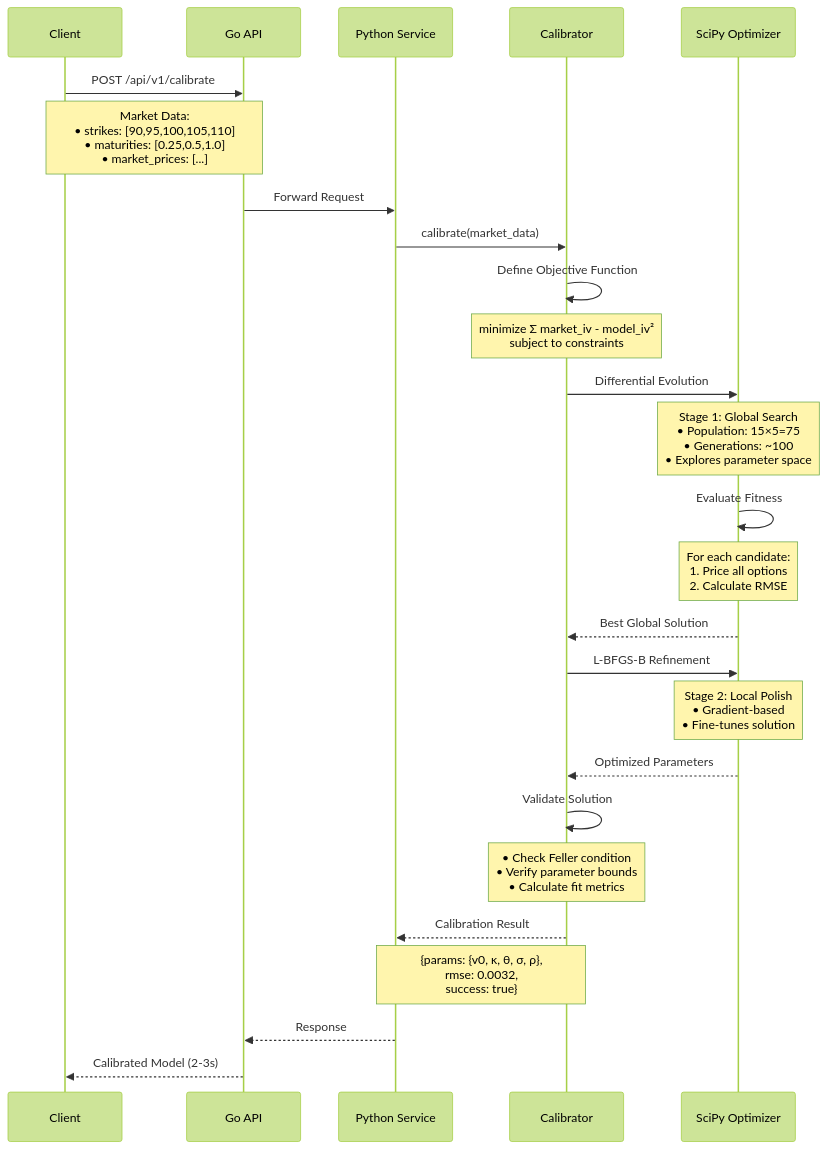
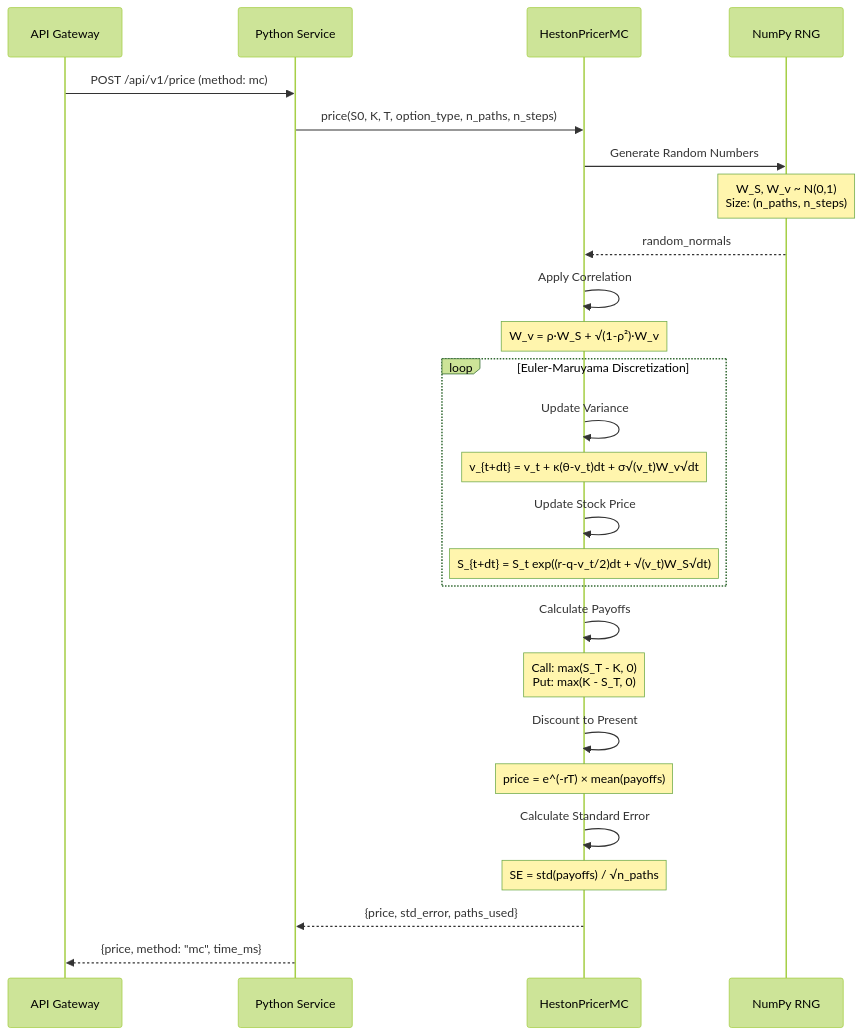
The third of 7 diagrams in README.md (ShadAh-17/heston-option-pricing-engine), drawn with Mermaid (forest theme) before and after one commit. The commit also changed other lines of this file, not shown here.

````diff
--- a/README.md
+++ b/README.md
@@ -229,40 +247,39 @@
 ```mermaid
 sequenceDiagram
-    participant Client
-    participant Gateway as Go API
+    participant API as API Gateway
     participant Python as Python Service
-    participant Calibrator
-    participant Optimizer as SciPy Optimizer
+    participant Pricer as HestonPricerMC
+    participant NumPy as NumPy RNG
 
-    Client->>Gateway: POST /api/v1/calibrate
-    Note over Client,Gateway: Market Data:<br/>• strikes: [90,95,100,105,110]<br/>• maturities: [0.25,0.5,1.0]<br/>• market_prices: [...]
+    API->>Python: POST /api/v1/price (method: mc)
     
-    Gateway->>Python: Forward Request
+    Python->>Pricer: price(S0, K, T, option_type, n_paths, n_steps)
     
-    Python->>Calibrator: calibrate(market_data)
+    Pricer->>NumPy: Generate Random Numbers
+    Note over NumPy: W_S, W_v ~ N(0,1)<br/>Size: (n_paths, n_steps)
+    NumPy-->>Pricer: random_normals
     
-    Calibrator->>Calibrator: Define Objective Function
-    Note over Calibrator: minimize Σ market_iv - model_iv²<br/>subject to constraints
+    Pricer->>Pricer: Apply Correlation
+    Note over Pricer: W_v = ρ·W_S + √(1-ρ²)·W_v
     
-    Calibrator->>Optimizer: Differential Evolution
-    Note over Optimizer: Stage 1: Global Search<br/>• Population: 15×5=75<br/>• Generations: ~100<br/>• Explores parameter space
+    loop Euler-Maruyama Discretization
+        Pricer->>Pricer: Update Variance
+        Note over Pricer: v_{t+dt} = v_t + κ(θ-v_t)dt + σ√(v_t)W_v√dt
+        
+        Pricer->>Pricer: Update Stock Price
+        Note over Pricer: S_{t+dt} = S_t exp((r-q-v_t/2)dt + √(v_t)W_S√dt)
+    end
     
-    Optimizer->>Optimizer: Evaluate Fitness
-    Note over Optimizer: For each candidate:<br/>1. Price all options<br/>2. Calculate RMSE
+    Pricer->>Pricer: Calculate Payoffs
+    Note over Pricer: Call: max(S_T - K, 0)<br/>Put: max(K - S_T, 0)
     
-    Optimizer-->>Calibrator: Best Global Solution
+    Pricer->>Pricer: Discount to Present
+    Note over Pricer: price = e^(-rT) × mean(payoffs)
     
-    Calibrator->>Optimizer: L-BFGS-B Refinement
-    Note over Optimizer: Stage 2: Local Polish<br/>• Gradient-based<br/>• Fine-tunes solution
+    Pricer->>Pricer: Calculate Standard Error
+    Note over Pricer: SE = std(payoffs) / √n_paths
     
-    Optimizer-->>Calibrator: Optimized Parameters
+    Pricer-->>Python: {price, std_error, paths_used}
     
-    Calibrator->>Calibrator: Validate Solution
-    Note over Calibrator: • Check Feller condition<br/>• Verify parameter bounds<br/>• Calculate fit metrics
-    
-    Calibrator-->>Python: Calibration Result
-    Note over Calibrator,Python: {params: {v0, κ, θ, σ, ρ},<br/>rmse: 0.0032,<br/>success: true}
-    
-    Python-->>Gateway: Response
-    Gateway-->>Client: Calibrated Model (2-3s)
+    Python-->>API: {price, method: "mc", time_ms}
 ```
````
